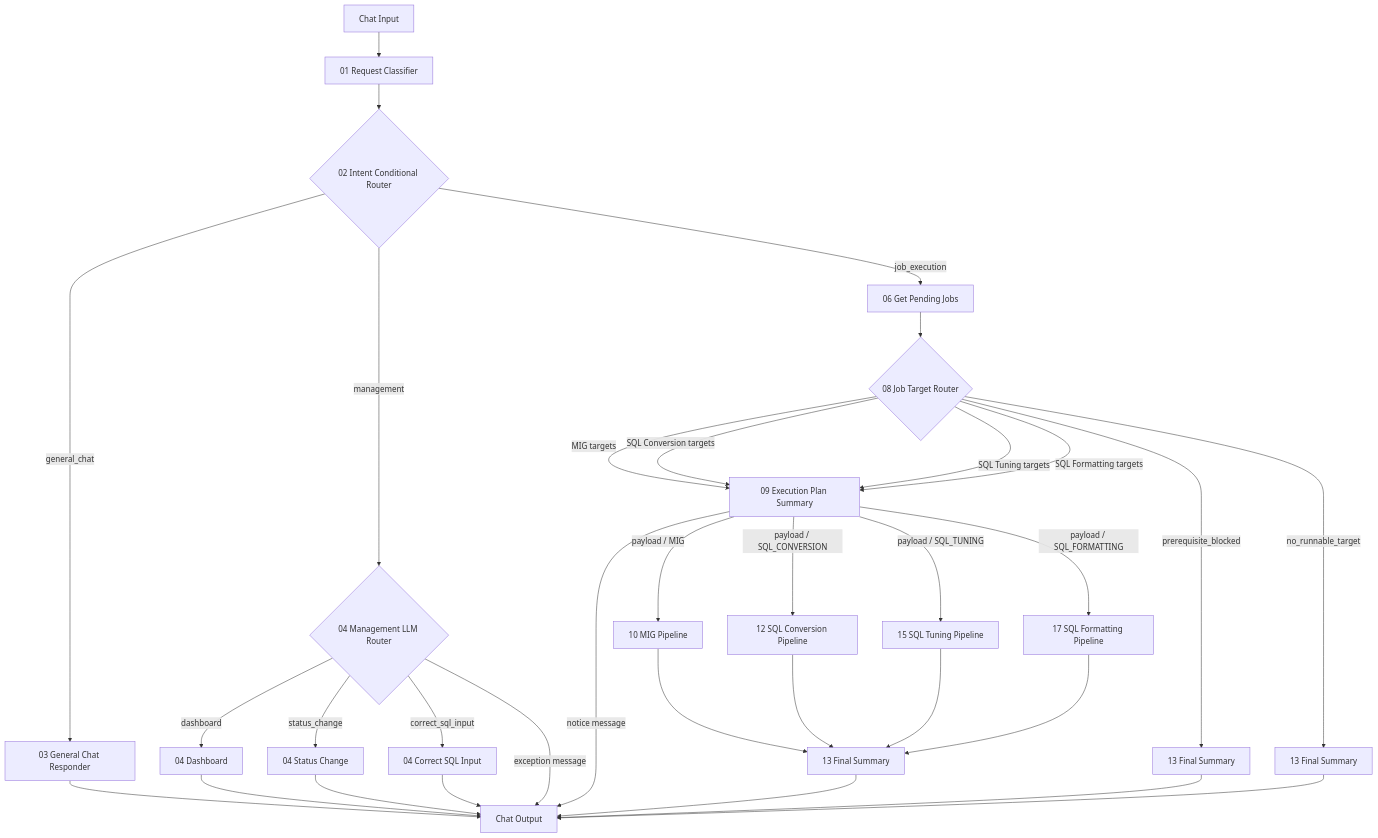
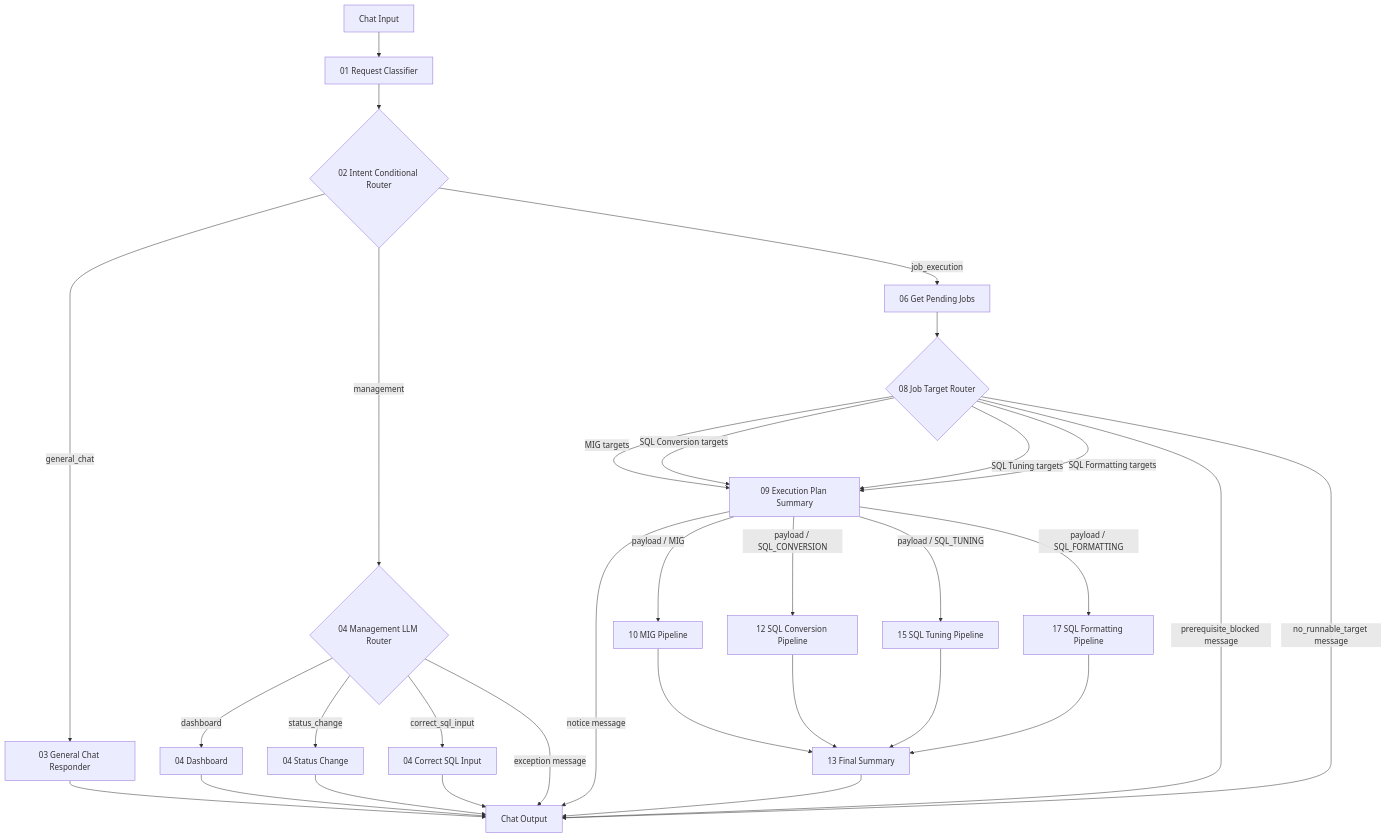
The diagram in langflow_260819_newType/01_architecture.md (seongikjin227-jpg/refactoring_smartMigrate), drawn with Mermaid before and after one commit. The commit also changed other lines of this file and 5 other files, not shown here.

````diff
--- a/langflow_260819_newType/01_architecture.md
+++ b/langflow_260819_newType/01_architecture.md
@@ -23,42 +20,40 @@
 ```mermaid
 flowchart TD
     A["Chat Input"] --> B["01 Request Classifier"]
     B --> C{"02 Intent Conditional Router"}
 
     C -->|general_chat| D["03 General Chat Responder"]
     C -->|management| E{"04 Management LLM Router"}
     C -->|job_execution| G["06 Get Pending Jobs"]
 
     E -->|dashboard| E1["04 Dashboard"]
     E -->|status_change| E2["04 Status Change"]
     E -->|correct_sql_input| E3["04 Correct SQL Input"]
-    E -->|exception message| OUT
+    E -->|exception message| OUT["Chat Output"]
+
     G --> H{"08 Job Target Router"}
 
     H -->|MIG targets| P["09 Execution Plan Summary"]
     H -->|SQL Conversion targets| P
     H -->|SQL Tuning targets| P
     H -->|SQL Formatting targets| P
+    H -->|prerequisite_blocked message| OUT
+    H -->|no_runnable_target message| OUT
 
-    P -->|notice message| OUT["Chat Output"]
+    P -->|notice message| OUT
     P -->|payload / MIG| M["10 MIG Pipeline"]
     P -->|payload / SQL_CONVERSION| C2["12 SQL Conversion Pipeline"]
     P -->|payload / SQL_TUNING| T2["15 SQL Tuning Pipeline"]
     P -->|payload / SQL_FORMATTING| F2["17 SQL Formatting Pipeline"]
-
-    H -->|prerequisite_blocked| S1["13 Final Summary"]
-    H -->|no_runnable_target| S2["13 Final Summary"]
 
     M --> S3["13 Final Summary"]
     C2 --> S3
     T2 --> S3
     F2 --> S3
 
     D --> OUT
     E1 --> OUT
     E2 --> OUT
     E3 --> OUT
-    S1 --> OUT
-    S2 --> OUT
     S3 --> OUT
 ```
````
